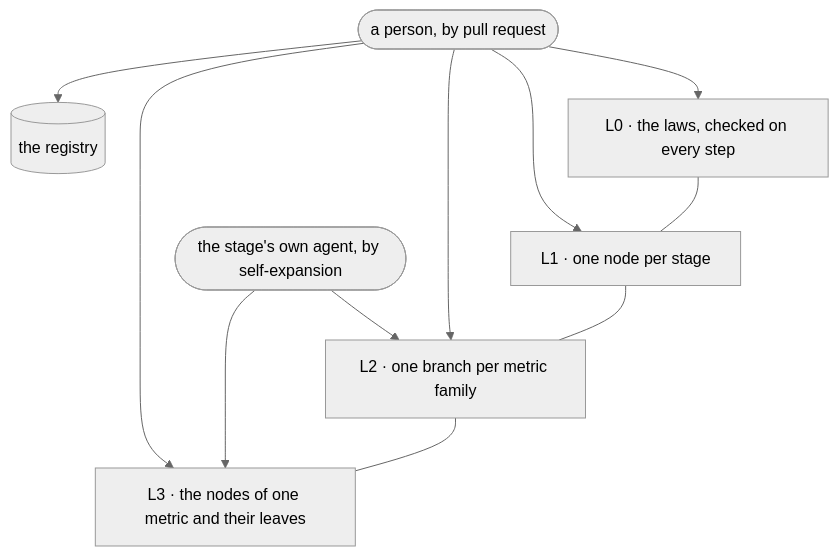
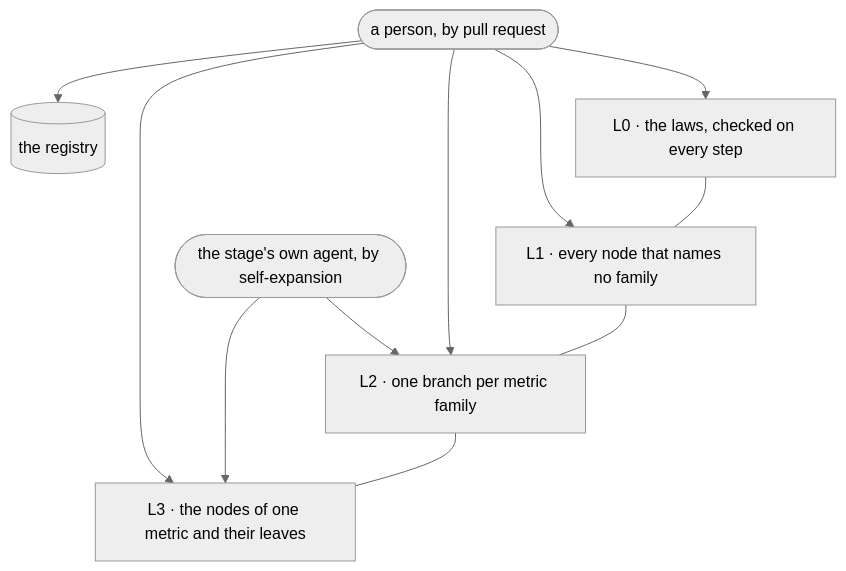
Before and after one commit to alejandroserranodev-ant/Centinela: the second of 3 diagrams in docs/guide/chapters/decision-tree.md, drawn with Mermaid (neutral theme). The commit also changed other lines of this file and 1 other file, not shown here.

First line of the commit message:
Shrink the guide's decision-tree chapter to what founds the tree and how it grows, and caption its diagrams with the sections they draw

````diff
--- a/docs/guide/chapters/decision-tree.md
+++ b/docs/guide/chapters/decision-tree.md
@@ -108,13 +75,13 @@
 ```mermaid
 flowchart TB
-  L0["L0 · the laws, checked on every step"] --- L1["L1 · one node per stage"]
+  L0["L0 · the laws, checked on every step"] --- L1["L1 · every node that names no family"]
   L1 --- L2["L2 · one branch per metric family"]
   L2 --- L3["L3 · the nodes of one metric and their leaves"]
   PR(["a person, by pull request"]) --> L0
   PR --> L1
   PR --> L2
   PR --> L3
   AG(["the stage's own agent, by self-expansion"]) --> L2
   AG --> L3
   PR --> REG[("the registry")]
 ```
````
